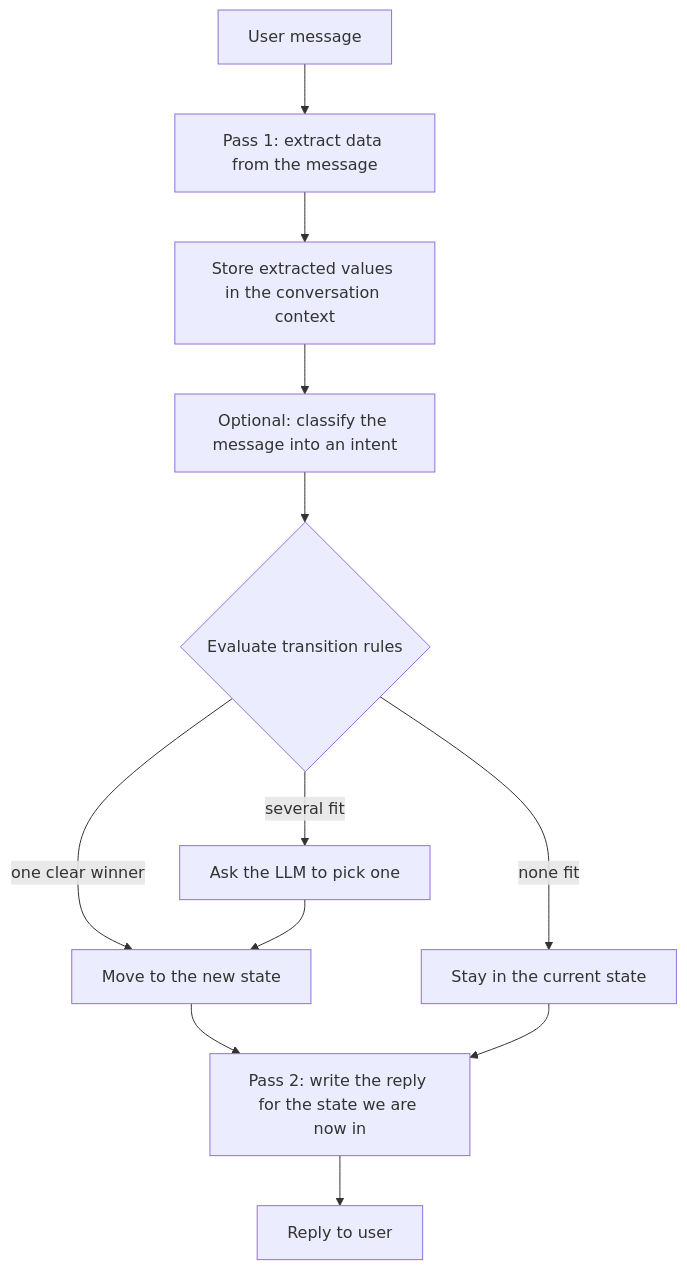
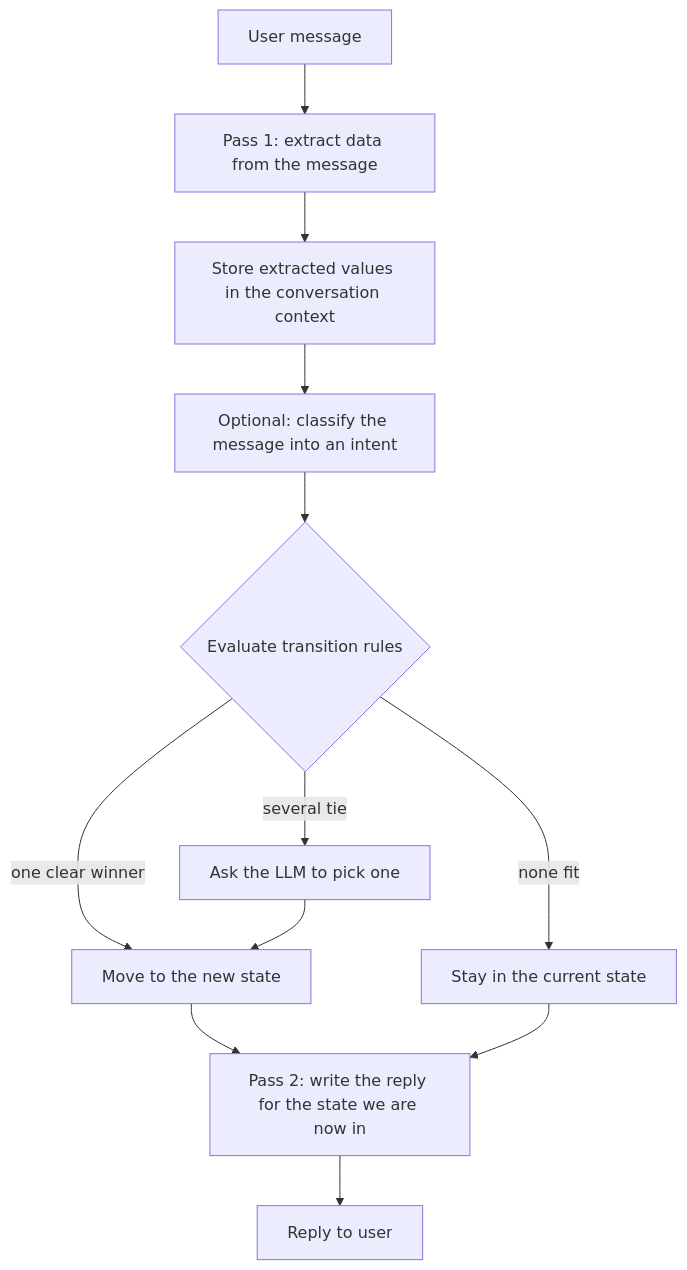
The first of 2 diagrams in src/fsm_llm/README.md (NikolasMarkou/fsm_llm), drawn with Mermaid before and after one commit. The commit also changed other lines of this file and 49 other files, not shown here.

````diff
--- a/src/fsm_llm/README.md
+++ b/src/fsm_llm/README.md
@@ -15,13 +15,13 @@
 ```mermaid
 flowchart TD
     U[User message] --> P1[Pass 1: extract data from the message]
     P1 --> C[Store extracted values in the conversation context]
     C --> CL[Optional: classify the message into an intent]
     CL --> T{Evaluate transition rules}
     T -- one clear winner --> S[Move to the new state]
-    T -- several fit --> L[Ask the LLM to pick one] --> S
+    T -- several tie --> L[Ask the LLM to pick one] --> S
     T -- none fit --> K[Stay in the current state]
     S --> P2[Pass 2: write the reply for the state we are now in]
     K --> P2
     P2 --> R[Reply to user]
 ```
````
